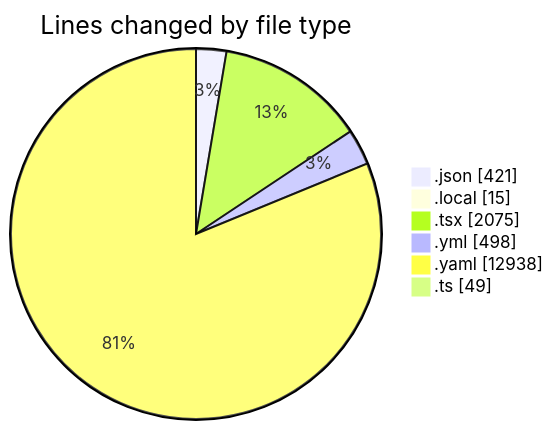
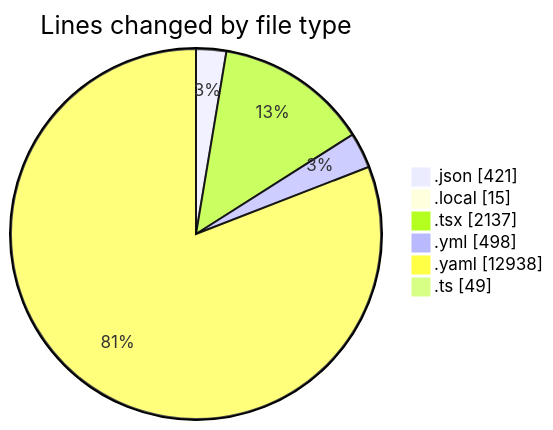
The first of 2 diagrams in 2025-11-05/eventscop-frontend-guide__workspace_/README.md (julien-gomy/code-tracking), drawn with Mermaid before and after one commit. The commit also changed other lines of this file and 1 other file, not shown here.

````diff
--- a/2025-11-05/eventscop-frontend-guide__workspace_/README.md
+++ b/2025-11-05/eventscop-frontend-guide__workspace_/README.md
@@ -40,10 +40,10 @@
 ```mermaid
 pie showData
 title Lines changed by file type
 ".json" : 421
 ".local" : 15
-".tsx" : 2075
+".tsx" : 2137
 ".yml" : 498
 ".yaml" : 12938
 ".ts" : 49
 ```
````
